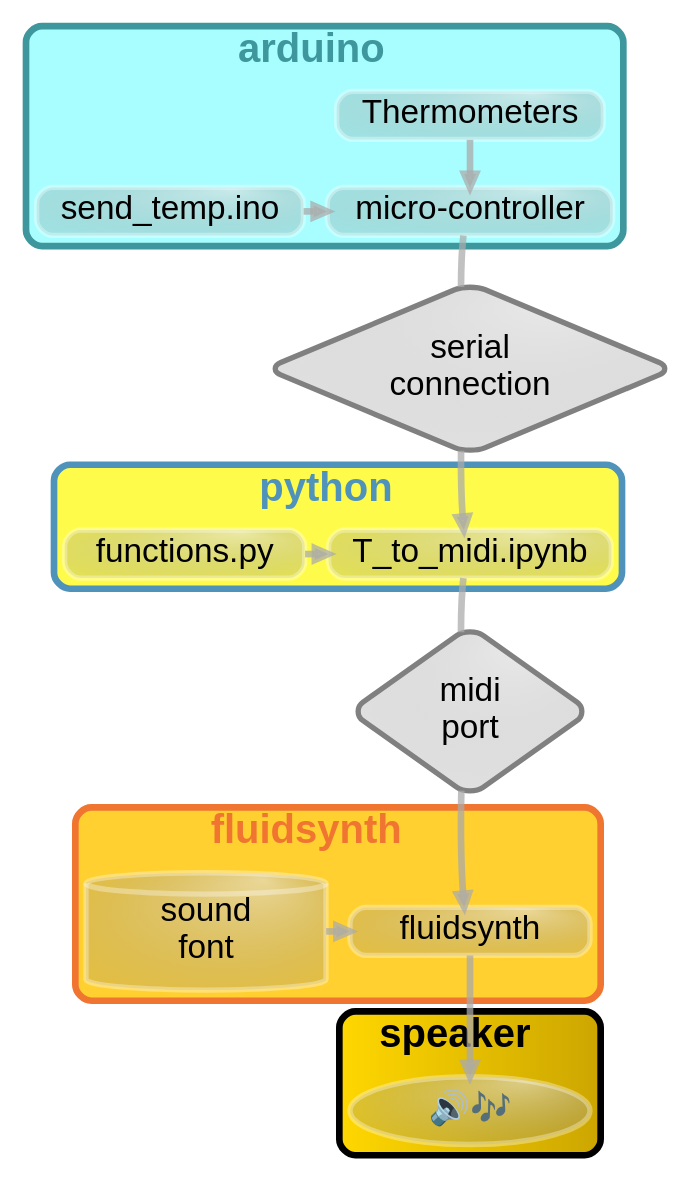
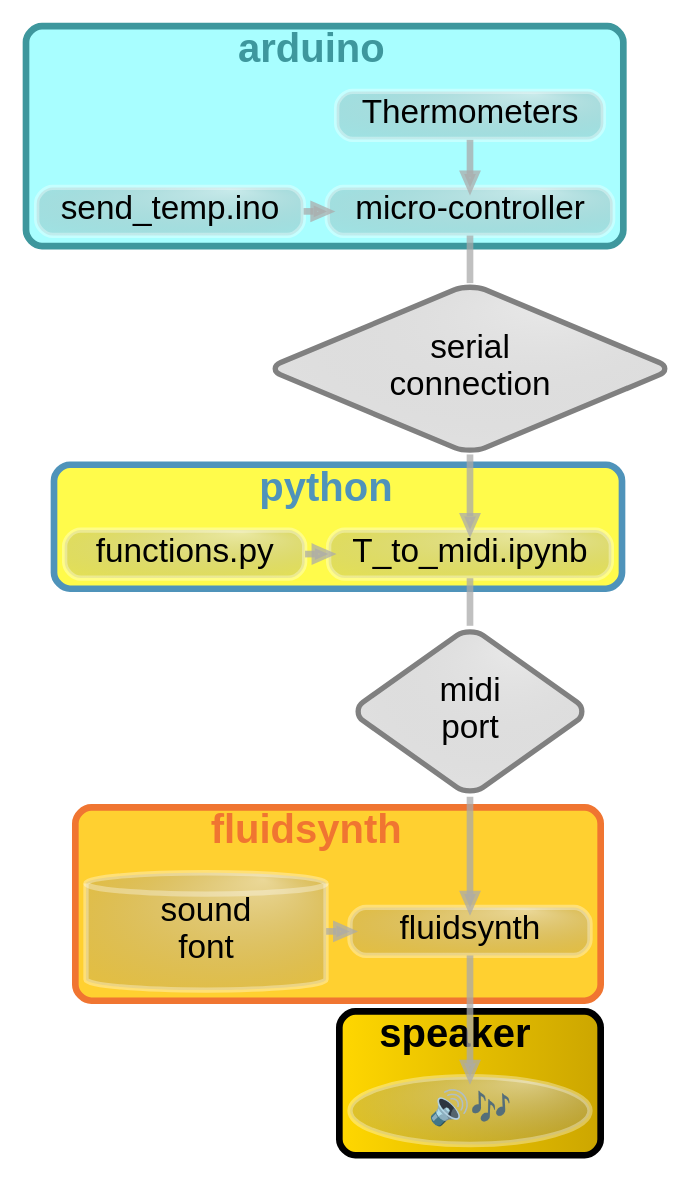
The diagram in content/post/2020-11-19-synthesizing-temperature-measurements-into-sound/graph_main.gv (urswilke/urssblogg), drawn with Graphviz before and after one commit. The commit also changed 3 other files, not shown here.

Commit message:
update graphs

```diff
--- a/content/post/2020-11-19-synthesizing-temperature-measurements-into-sound/graph_main.gv
+++ b/content/post/2020-11-19-synthesizing-temperature-measurements-into-sound/graph_main.gv
@@ -1,151 +1,151 @@
+#  do not edit by hand. This file is auto generated by when knitting work_flow.Rmd.
 digraph workflow {
   ranksep=.5;
   graph [
     truecolor=true,
     # the last 2 "00" make it completely transparent here, 
     # thus all that comes before - I don"t care
     bgcolor="#ffffff00",
     fontname = "helvetica",
     #splines=ortho,
     concentrate=true
   ];
   node [
     fontname = "helvetica", 
     style = "rounded,filled,radial", 
     gradientangle=60, 
     fillcolor="#dddddd99:#7777772f", 
     # gradients dont work on observable...:
     # fillcolor="#dddddd99", 
     fontsize=25,
     penwidth=4, 
     color = "#ffffff55",
     width = 2.5
   ];
   edge [
     fontname = "helvetica", 
     penwidth=5, 
     color="#aaaaaabb"
   ];
   penwidth=5;
   style=rounded
 
   subgraph cluster_arduino {
     label = < <B>arduino</B> >;
     bgcolor = "#a8feff";
     color = "#3e979d";
     fontcolor = "#3e979d";
     fontsize = 30;
     Thermometers -> mc;
     sketch -> mc;
     Thermometers [shape=box];
     sketch [
       label = "send_temp.ino", 
       shape=box, 
       URL="https://gitlab.com/urswilke/chaos_machine_code/-/tree/master/arduino/send_temp/send_temp.ino", 
       tooltip = "arduino sketch to read multiple DS18B20 thermometers and then print the information to the serial connection"
     ];
     {rank=same; mc; sketch}
   }
-  sc -> python;
+  sc -> python [
+    weight = 100, 
+    tooltip = "setup serial connection in arduino",
+    URL = "https://gitlab.com/urswilke/chaos_machine_code/-/tree/master/python/T_to_midi.ipynb#Arduino"
+  ]
+
   subgraph cluster_main {
     label = < <B>python</B> >;
     bgcolor = "#fffb4b";
     color = "#4f93ba";
     fontcolor = "#4f93ba";
     fontsize = 30;
     penwidth=5;
     #graph[style=dotted];
     "functions.py" [
       shape=box, 
       tooltip = "functions that are imported in the T_to_midi notebook",
       URL = "https://gitlab.com/urswilke/chaos_machine_code/-/tree/master/python/functions.py"
     ]
     python [
       shape=box, 
       tooltip = "python real-time loop to
 * read serial string, extract temperatures
 * calculate temperature differences
 * translate differences to midi notes according to a specified musical scale
 * send the note events to a midi port in real time 
 During the loop the data is recorded in lists and when it has finished the data is written to a midi and csv files. ", 
       label = "T_to_midi.ipynb",
       URL = "https://gitlab.com/urswilke/chaos_machine_code/-/tree/master/python/T_to_midi.ipynb"
     ];
     "functions.py" -> python
     mc [
       shape=box, 
       label="micro-controller",
       tooltip="the micro-controller is connected to the PC via USB",
     ];
     {rank = same; "functions.py" python}
   }
   
 #  subgraph cluster_main_to_R_connectors {
 #    label = "main workflow";
 
 
 #  }
   subgraph cluster_fluidsynth {
     label = <<B>fluidsynth  </B>>;
     fontsize = 30;
     bgcolor = "#ffd030";
     color = "#f07531";
     fontcolor = "#f07531";
     penwidth=5;
     sf2 [shape = cylinder, label = "sound\nfont"];
     fluidsynth [
       shape=box,
       tooltip = "* Fluidsynth can be easily started via the GUI QSynth.\n* An sf2 soundfont file has to be used.\n* A midi port can be synthesized in real time, or\n* A midi file can be rendered to an audio file."
     ];
     sf2 -> fluidsynth;
     {rank=same; fluidsynth sf2}
   }
   
   
-  mp -> fluidsynth;
+  mp -> fluidsynth [ weight = 100]
   mc -> sc [
     arrowhead=none, 
     tooltip = "setup serial connection in arduino",
     URL = "https://gitlab.com/urswilke/chaos_machine_code/-/tree/master/arduino/send_temp/send_temp.ino#L24"
   ];
-  python -> mp [arrowhead=none];
+  python -> mp [arrowhead=none, weight = 1000];
   sc [
     label="serial\nconnection", 
     color=grey, 
     shape=diamond,
     tooltip = "The serial string sent from the arduino is of the following format:
 S: 1, ID: 40255662332332138251, T: 21.25; S: 2, ID: 402552102282332138209, T: 21.25; S: 3, ID: 402551932392332138119, T: 21.00; S: 4, ID: 4025514153413227192, T: 21.12; S: 5, ID: 402552272422332138169, T: 21.38",
     URL = "https://gitlab.com/urswilke/chaos_machine_code/-/tree/master/python/recorded_data/serial_string.txt"
   ];
   mp [
     label = "midi\nport", 
     shape=diamond, 
     color=grey,
     tooltip = "The midi port to fluidsynth is set up by the python code in T_to_midi.ipynb",
     URL = "https://gitlab.com/urswilke/chaos_machine_code/-/tree/master/python/T_to_midi.ipynb#Setup_fluidsynth_connection"
   ];
   #mc -> sc -> python -> mp -> fluidsynth[ style = invis, weight= 10 ];
   fluidsynth -> speakers
   
   subgraph cluster_speaker {
     label = < <B>speaker</B> >;
     fontsize = 30;
     bgcolor="#FFD700:#CCA600";
     # gradients dont work on observable...:
     # bgcolor="#CCA600";
     speakers [label="🔊🎶"];
   }
   
 
   
   
-  mc -> sc [ weight = 100, style=invis]
-  sc -> python [
-    weight = 100, 
-    style=invis,
-    tooltip = "setup serial connection in arduino",
-    URL = "https://gitlab.com/urswilke/chaos_machine_code/-/tree/master/python/T_to_midi.ipynb#Arduino"
-  ]
-  python -> mp [ weight = 100, style=invis]
-  mp -> fluidsynth [ weight = 100, style=invis]
+  # mc -> sc [ weight = 100, style=invis]
+  # python -> mp [ weight = 100, style=invis]
+  # mp -> fluidsynth [ weight = 100, style=invis]
 }
```
